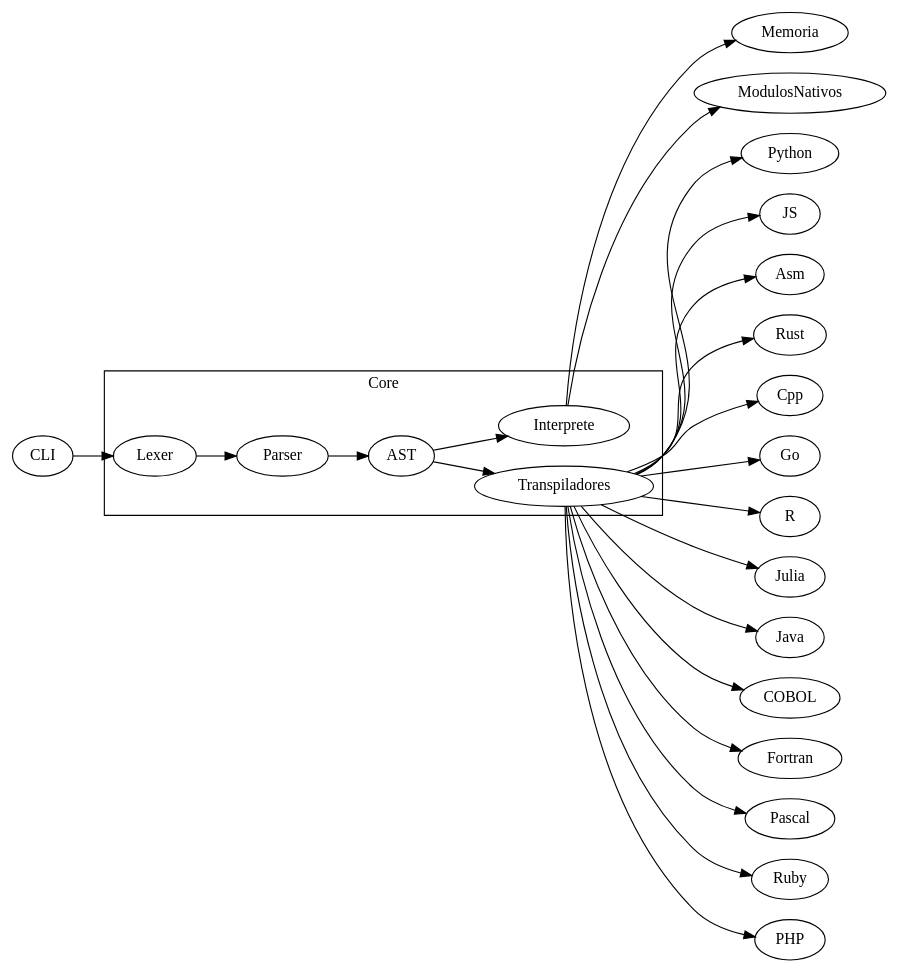
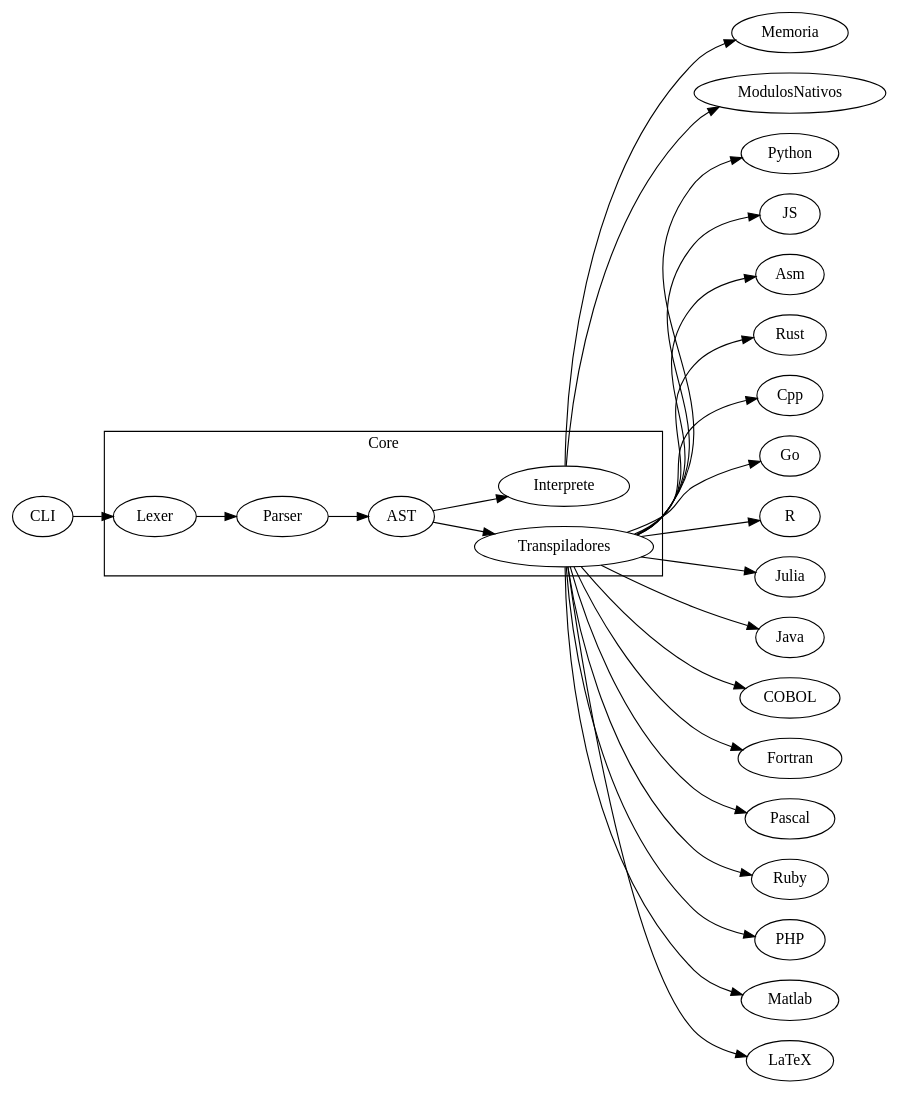
Before and after one commit to Alphonsus411/pCobra: the diagram in frontend/docs/arquitectura.rst, drawn with Graphviz. The commit also changed other lines of this file and 22 other files, not shown here.

```diff
--- a/frontend/docs/arquitectura.rst
+++ b/frontend/docs/arquitectura.rst
@@ -38,16 +38,16 @@
 .. graphviz::
    :caption: Relación entre los módulos
 
    digraph cobra {
        rankdir=LR;
        subgraph cluster_core {
            label="Core";
            Lexer -> Parser -> AST;
            AST -> Interprete;
            AST -> Transpiladores;
        }
        CLI -> Lexer;
    Interprete -> Memoria;
    Interprete -> ModulosNativos;
-   Transpiladores -> {Python JS Asm Rust Cpp Go R Julia Java COBOL Fortran Pascal Ruby PHP};
+   Transpiladores -> {Python JS Asm Rust Cpp Go R Julia Java COBOL Fortran Pascal Ruby PHP Matlab LaTeX};
    }
```
